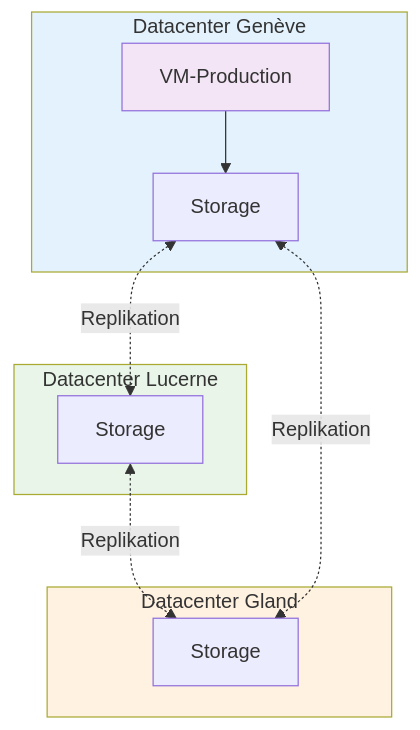
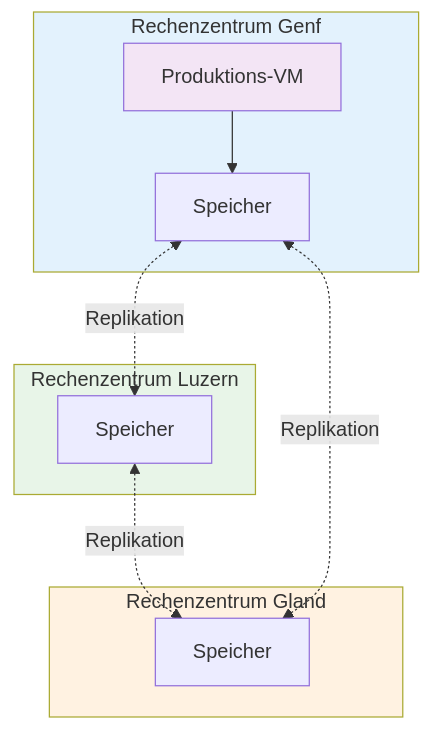
One commit to HidoraSwiss/hikube-public-doc changed the diagram in i18n/de/docusaurus-plugin-content-docs/current/services/compute/overview.md. Above: the diagram before and after it, drawn with Mermaid. The commit also changed other lines of this file and 148 other files, not shown here.

````diff
--- a/i18n/de/docusaurus-plugin-content-docs/current/services/compute/overview.md
+++ b/i18n/de/docusaurus-plugin-content-docs/current/services/compute/overview.md
@@ -36,29 +49,26 @@
 ```mermaid
 flowchart TD
-    subgraph DC1["Datacenter Genève"]
-        VM1["VM-Production"]
-        STORAGE1["Storage"]
+    subgraph DC1["Rechenzentrum Genf"]
+        VM1["Produktions-VM"]
+        STORAGE1["Speicher"]
     end
 
-    subgraph DC2["Datacenter Lucerne"]
-        STORAGE2["Storage"]
+    subgraph DC2["Rechenzentrum Luzern"]
+        STORAGE2["Speicher"]
     end
 
-    subgraph DC3["Datacenter Gland"]
-        STORAGE3["Storage"]
+    subgraph DC3["Rechenzentrum Gland"]
+        STORAGE3["Speicher"]
     end
 
-    %% VM nutzt den lokalen Speicher
     VM1 --> STORAGE1
 
-    %% Replikation des Speichers zwischen den 3 DC
     STORAGE1 <-.->|"Replikation"| STORAGE2
     STORAGE2 <-.->|"Replikation"| STORAGE3
     STORAGE1 <-.->|"Replikation"| STORAGE3
 
-    %% Styles
     style DC1 fill:#e3f2fd
     style DC2 fill:#e8f5e8
     style DC3 fill:#fff2e1
     style VM1 fill:#f3e5f5
 ```
````
